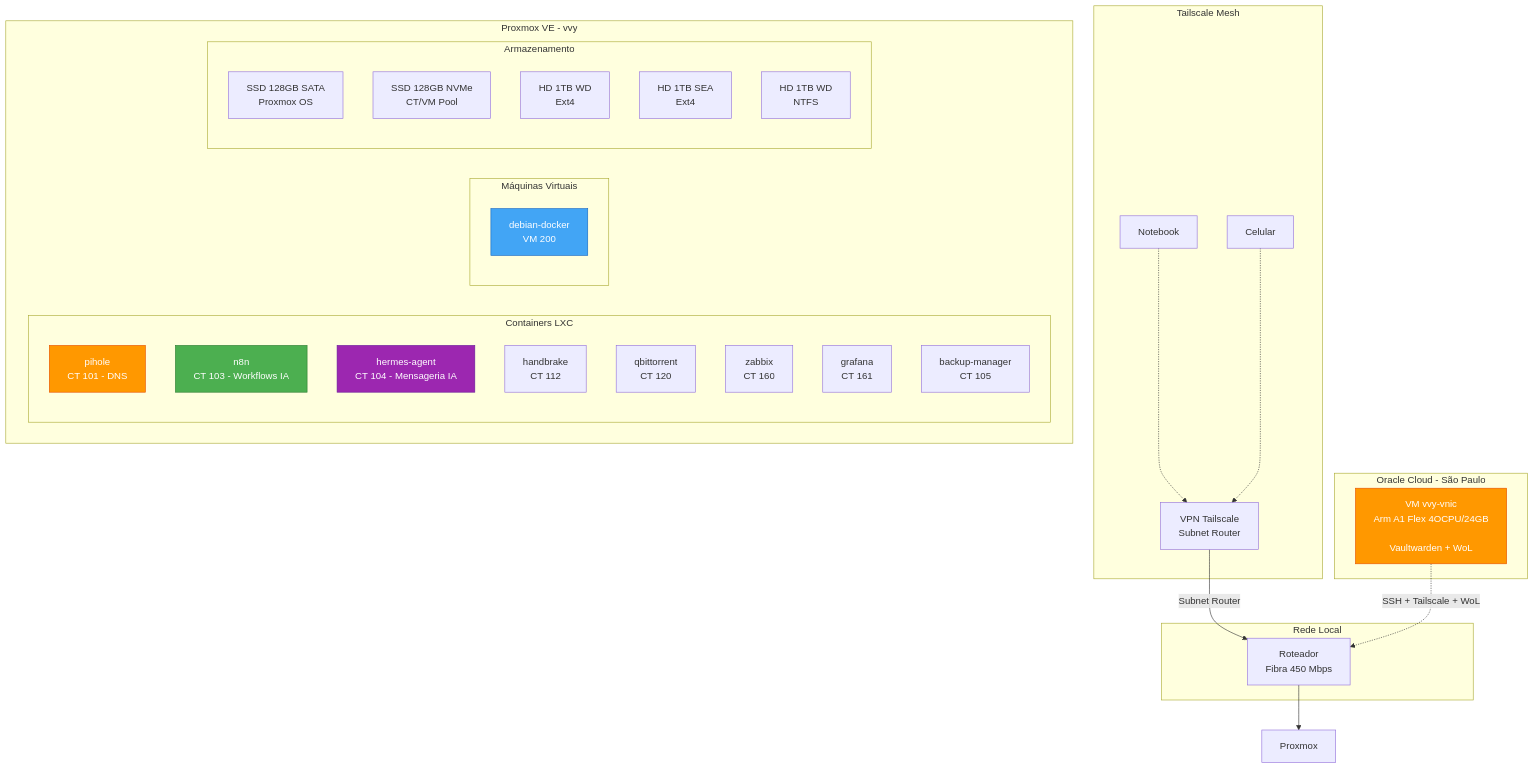
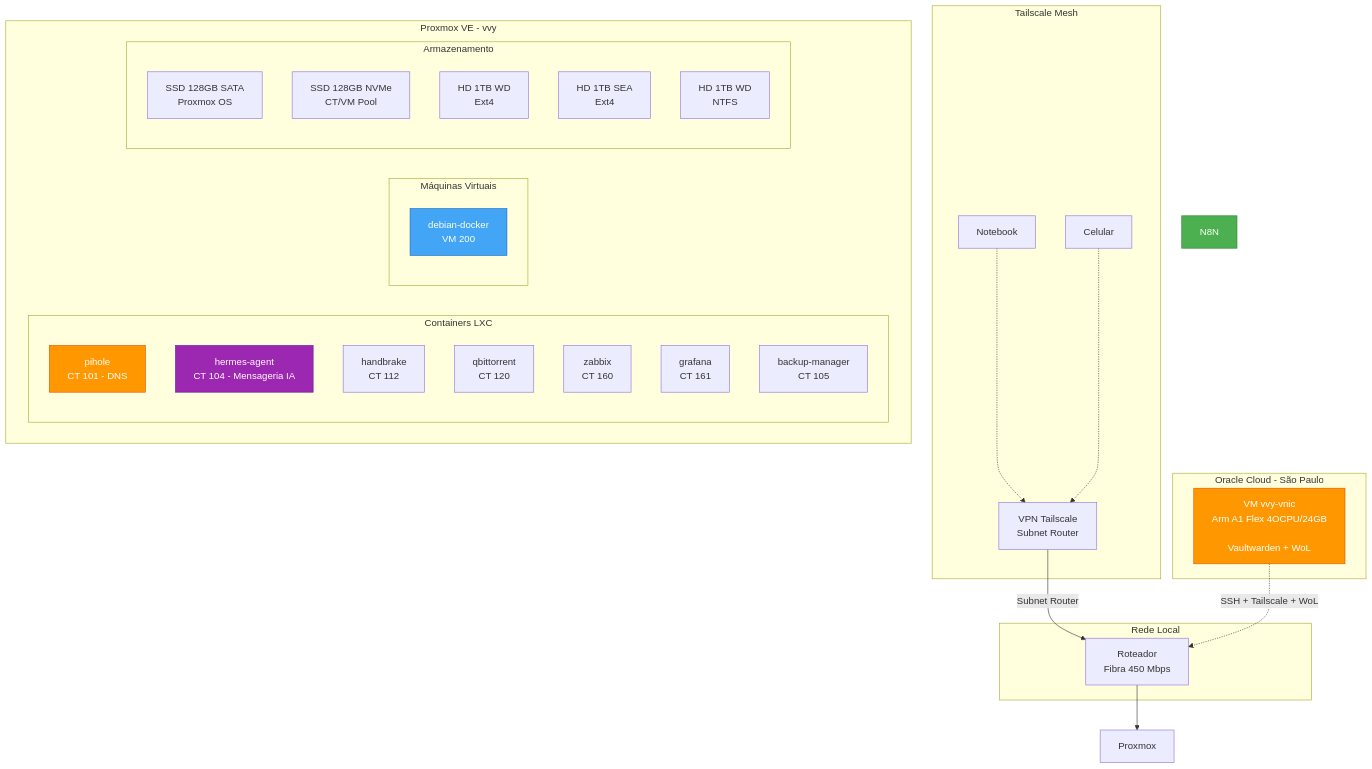
The diagram in README.md (mviniciusy/vvy-homelab), drawn with Mermaid before and after one commit. The commit also changed other lines of this file and 7 other files, not shown here.

````diff
--- a/README.md
+++ b/README.md
@@ -13,53 +13,52 @@
 ```mermaid
 graph TB
     subgraph Rede Local
         Router[Roteador<br/>Fibra 450 Mbps]
     end
 
     subgraph Tailscale Mesh
         TS[VPN Tailscale<br/>Subnet Router]
         NB[Notebook]
         Phone[Celular]
     end
 
     subgraph OC["Oracle Cloud - São Paulo"]
         OCI[VM vvy-vnic<br/>Arm A1 Flex 4OCPU/24GB<br/><ORACLE_PUBLIC_IP><br/>Vaultwarden + WoL]
     end
 
     subgraph Proxmox VE - vvy
         subgraph Containers LXC
             PH[pihole<br/>CT 101 - DNS]
-            N8N[n8n<br/>CT 103 - Workflows IA]
             HER[hermes-agent<br/>CT 104 - Mensageria IA]
             HB[handbrake<br/>CT 112]
             QB[qbittorrent<br/>CT 120]
             ZB[zabbix<br/>CT 160]
             GF[grafana<br/>CT 161]
             BK[backup-manager<br/>CT 105]
         end
 
         subgraph Máquinas Virtuais
             DK[debian-docker<br/>VM 200]
         end
 
         subgraph Armazenamento
             SSD1[SSD 128GB SATA<br/>Proxmox OS]
             SSD2[SSD 128GB NVMe<br/>CT/VM Pool]
             HD1[HD 1TB WD<br/>Ext4]
             HD2[HD 1TB SEA<br/>Ext4]
             HD3[HD 1TB WD<br/>NTFS]
         end
     end
 
     Router --> Proxmox
     TS --> |Subnet Router| Router
     NB -.-> TS
     Phone -.-> TS
     OCI -.->|SSH + Tailscale + WoL| Router
 
     style N8N fill:#4caf50,stroke:#2e7d32,color:#fff
     style HER fill:#9c27b0,stroke:#6a1b9a,color:#fff
     style DK fill:#42a5f5,stroke:#1565c0,color:#fff
     style PH fill:#ff9800,stroke:#e65100,color:#fff
     style OCI fill:#ff9800,stroke:#e65100,color:#fff
 ```
````
